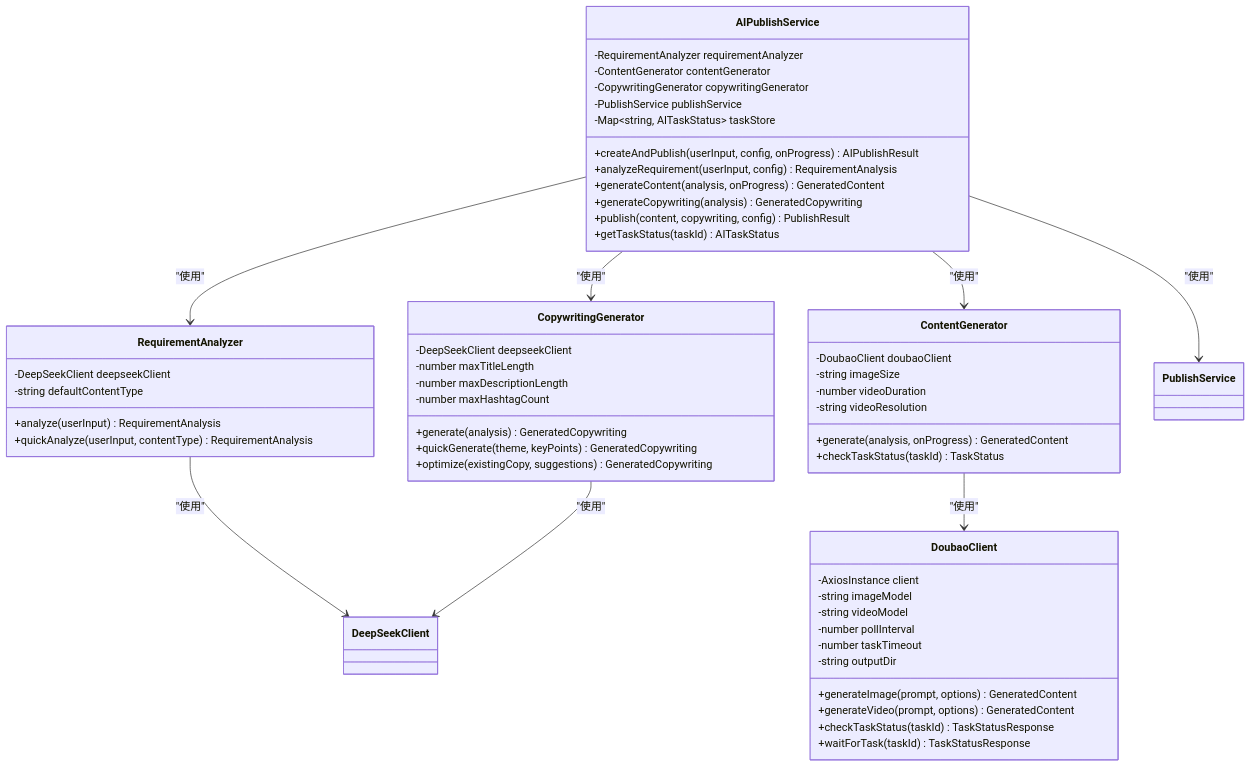
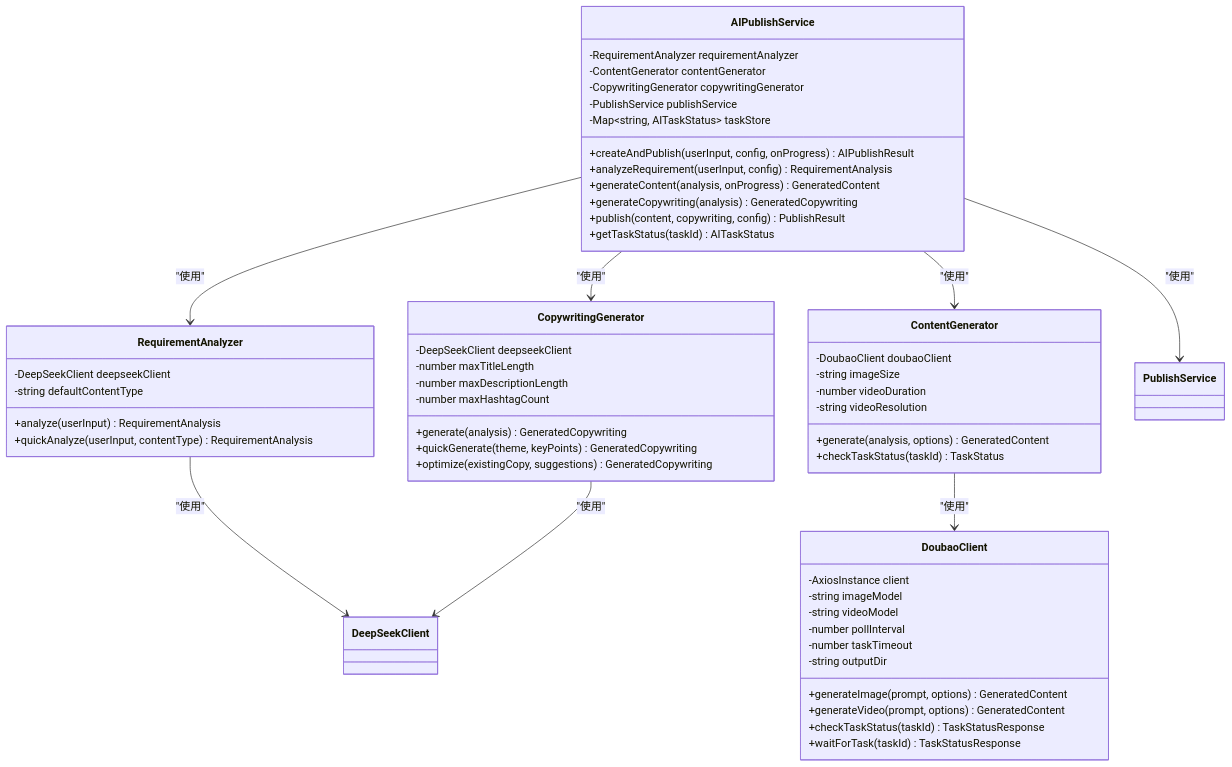
One commit to songdiyang/clawOperations changed the third of 11 diagrams in .qoder/repowiki/zh/content/核心模块详解/AI内容生成系统.md. Above: the diagram before and after it, drawn with Mermaid. The commit also changed other lines of this file and 7 other files, not shown here.

````diff
--- a/.qoder/repowiki/zh/content/核心模块详解/AI内容生成系统.md
+++ b/.qoder/repowiki/zh/content/核心模块详解/AI内容生成系统.md
@@ -163,58 +175,58 @@
 ```mermaid
 classDiagram
 class RequirementAnalyzer {
 -DeepSeekClient deepseekClient
 -string defaultContentType
 +analyze(userInput) RequirementAnalysis
 +quickAnalyze(userInput, contentType) RequirementAnalysis
 }
 class ContentGenerator {
 -DoubaoClient doubaoClient
 -string imageSize
 -number videoDuration
 -string videoResolution
-+generate(analysis, onProgress) GeneratedContent
++generate(analysis, options) GeneratedContent
 +checkTaskStatus(taskId) TaskStatus
 }
 class CopywritingGenerator {
 -DeepSeekClient deepseekClient
 -number maxTitleLength
 -number maxDescriptionLength
 -number maxHashtagCount
 +generate(analysis) GeneratedCopywriting
 +quickGenerate(theme, keyPoints) GeneratedCopywriting
 +optimize(existingCopy, suggestions) GeneratedCopywriting
 }
 class DoubaoClient {
 -AxiosInstance client
 -string imageModel
 -string videoModel
 -number pollInterval
 -number taskTimeout
 -string outputDir
 +generateImage(prompt, options) GeneratedContent
 +generateVideo(prompt, options) GeneratedContent
 +checkTaskStatus(taskId) TaskStatusResponse
 +waitForTask(taskId) TaskStatusResponse
 }
 class AIPublishService {
 -RequirementAnalyzer requirementAnalyzer
 -ContentGenerator contentGenerator
 -CopywritingGenerator copywritingGenerator
 -PublishService publishService
 -Map~string, AITaskStatus~ taskStore
 +createAndPublish(userInput, config, onProgress) AIPublishResult
 +analyzeRequirement(userInput, config) RequirementAnalysis
 +generateContent(analysis, onProgress) GeneratedContent
 +generateCopywriting(analysis) GeneratedCopywriting
 +publish(content, copywriting, config) PublishResult
 +getTaskStatus(taskId) AITaskStatus
 }
 RequirementAnalyzer --> DeepSeekClient : "使用"
 ContentGenerator --> DoubaoClient : "使用"
 CopywritingGenerator --> DeepSeekClient : "使用"
 AIPublishService --> RequirementAnalyzer : "使用"
 AIPublishService --> ContentGenerator : "使用"
 AIPublishService --> CopywritingGenerator : "使用"
 AIPublishService --> PublishService : "使用"
 ```
````
